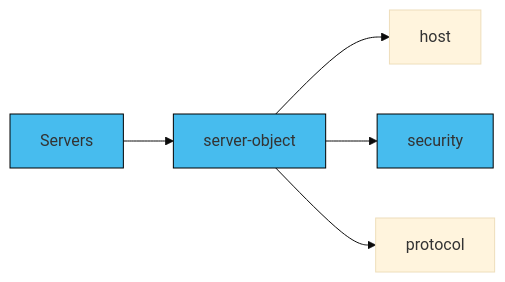
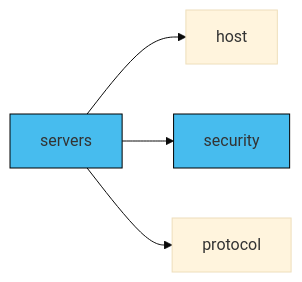
Before and after one commit to asyncapi/website: the diagram in pages/docs/concepts/asyncapi-document/server-security.md, drawn with Mermaid (base theme). The commit also changed other lines of this file, not shown here.

````diff
--- a/pages/docs/concepts/asyncapi-document/server-security.md
+++ b/pages/docs/concepts/asyncapi-document/server-security.md
@@ -42,15 +42,12 @@
 ```mermaid
 graph LR
-  A[Servers]
-  C[server-object]
+  C[servers]
   F[host]
   I[protocol]
   E[security]
   C --> F
-  A --> C
   C --> E
   C --> I
-  style A fill:#47BCEE,stroke:#000;
   style C fill:#47BCEE,stroke:#000;
   style E fill:#47BCEE,stroke:#000
 ```
````
